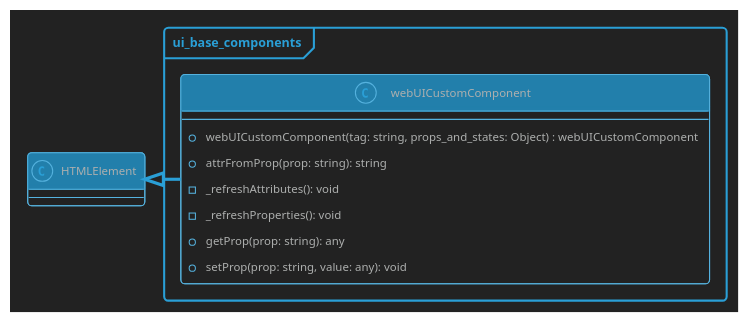
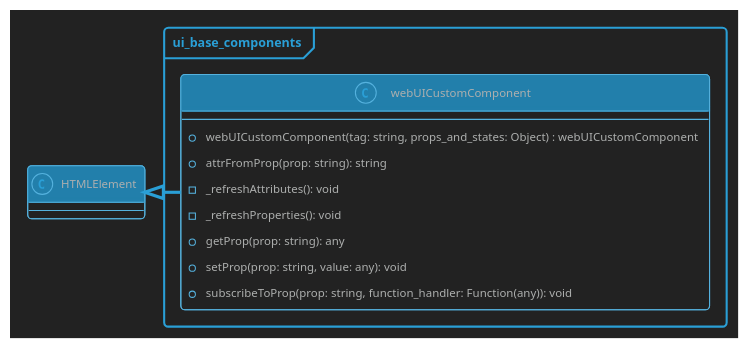
One commit to Picorims/wav2bar changed the diagram in docs/ui/web_ui_custom_component.plantuml. Above: the diagram before and after it, drawn with PlantUML. The commit also changed 5 other files, not shown here.

Commit message:
make screen position responsive to split layout, add subscribeToProp

```diff
--- a/docs/ui/web_ui_custom_component.plantuml
+++ b/docs/ui/web_ui_custom_component.plantuml
@@ -1,39 +1,40 @@
 @startuml ui_base_components
 
 'Wav2Bar - Free software for creating audio visualization (motion design) videos
 'Copyright (C) 2022  Picorims <picorims.contact@gmail.com>
 
 'This program is free software: you can redistribute it and/or modify
 'it under the terms of the GNU General Public License as published by
 'the Free Software Foundation, either version 3 of the License, or
 'any later version.
 
 'This program is distributed in the hope that it will be useful,
 'but WITHOUT ANY WARRANTY; without even the implied warranty of
 'MERCHANTABILITY or FITNESS FOR A PARTICULAR PURPOSE.  See the
 'GNU General Public License for more details.
 
 'You should have received a copy of the GNU General Public License
 'along with this program.  If not, see <https://www.gnu.org/licenses/>.
 
 !theme cyborg-outline
 skinparam BackgroundColor #222222
 ' skinparam groupInheritance 2
 skinparam PackageStyle frame
 
 class HTMLElement {}
 
 package "ui_base_components" {
     class webUICustomComponent {
         --
         + webUICustomComponent(tag: string, props_and_states: Object) : webUICustomComponent
         + attrFromProp(prop: string): string
         - _refreshAttributes(): void
         - _refreshProperties(): void
         + getProp(prop: string): any
         + setProp(prop: string, value: any): void
+        + subscribeToProp(prop: string, function_handler: Function(any)): void
     }
     HTMLElement <|-right- webUICustomComponent
 }
 
 @enduml
```
